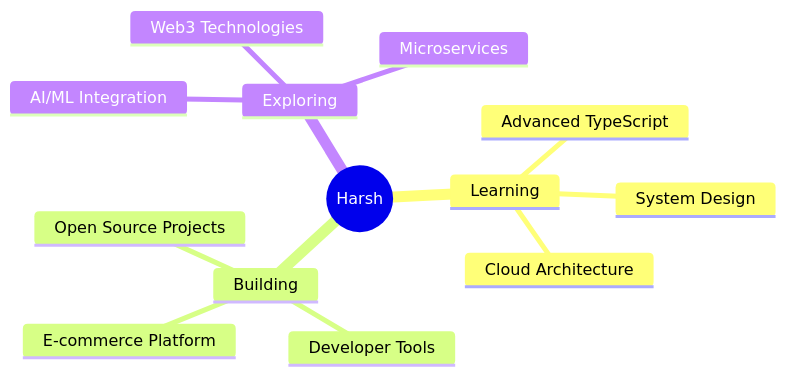
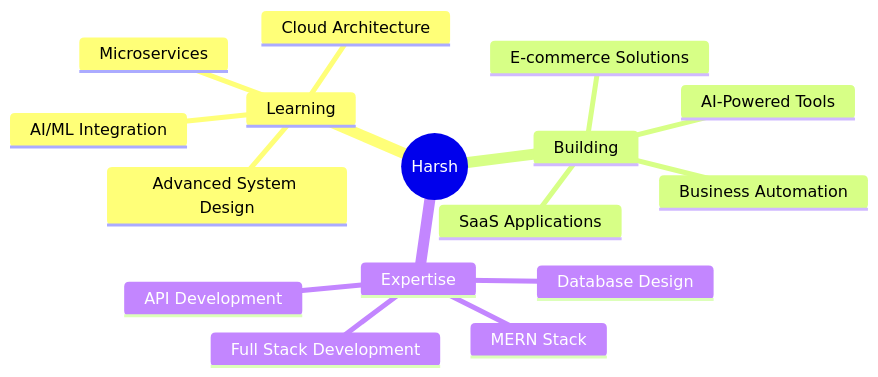
The diagram in README.md (hprakash1999/hprakash1999), drawn with Mermaid before and after one commit. The commit also changed other lines of this file, not shown here.

````diff
--- a/README.md
+++ b/README.md
@@ -141,16 +154,19 @@
 ```mermaid
 mindmap
   root((Harsh))
     Learning
-      Advanced TypeScript
-      System Design
+      AI/ML Integration
+      Advanced System Design
       Cloud Architecture
+      Microservices
     Building
-      E-commerce Platform
-      Developer Tools
-      Open Source Projects
-    Exploring
-      AI/ML Integration
-      Web3 Technologies
-      Microservices
+      SaaS Applications
+      AI-Powered Tools
+      E-commerce Solutions
+      Business Automation
+    Expertise
+      MERN Stack
+      Full Stack Development
+      API Development
+      Database Design
 ```
````
